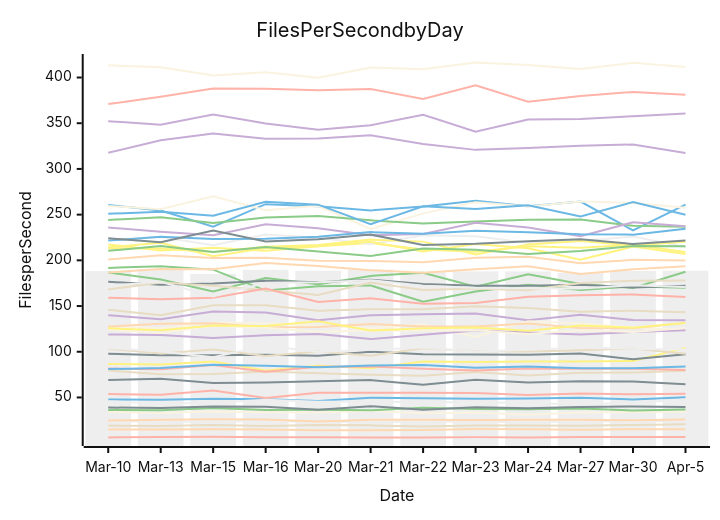
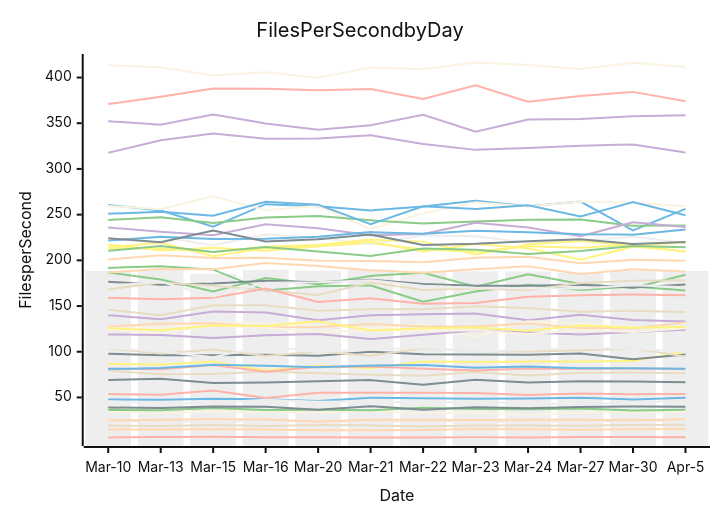
The diagram in perf-report.md (streetsidesoftware/cspell), drawn with Mermaid (neutral theme) before and after one commit. The commit also changed other lines of this file and 2 other files, not shown here.

````diff
--- a/perf-report.md
+++ b/perf-report.md
@@ -11,57 +11,57 @@
 ```mermaid
 xychart-beta
     title Files Per Second by Day
     y-axis Files per Second
     x-axis Date [Mar-10, Mar-13, Mar-15, Mar-16, Mar-20, Mar-21, Mar-22, Mar-23, Mar-24, Mar-27, Mar-30, Apr-5]
-    bar [188.38, 189.98, 185.21, 189.57, 188.63, 189.87, 187.45, 187.93, 187.93, 186.35, 188.30, 188.64]
-    line [47.70, 47.47, 48.64, 47.90, 46.22, 49.72, 49.15, 48.47, 48.92, 49.74, 47.82, 50.09]
-    line [186.65, 179.06, 166.05, 180.55, 173.75, 182.92, 186.30, 171.18, 184.68, 174.16, 169.88, 187.57]
-    line [140.01, 135.63, 143.93, 142.95, 134.36, 139.82, 141.15, 141.79, 134.53, 140.55, 134.62, 134.52]
-    line [146.06, 140.05, 150.95, 150.81, 144.94, 146.39, 146.52, 149.65, 147.78, 143.68, 144.97, 143.19]
-    line [53.77, 52.96, 57.64, 49.40, 55.01, 55.07, 55.14, 54.97, 52.69, 54.36, 53.37, 53.93]
-    line [86.73, 86.09, 89.20, 79.46, 84.64, 82.02, 89.37, 88.80, 89.20, 89.35, 90.00, 104.21]
-    line [69.18, 70.51, 65.83, 66.30, 67.73, 68.98, 63.91, 69.35, 66.34, 67.66, 67.35, 64.32]
-    line [14.93, 14.92, 15.23, 14.84, 14.06, 13.99, 14.45, 15.39, 15.15, 14.76, 15.30, 15.17]
-    line [127.81, 125.76, 132.01, 131.14, 128.67, 125.67, 130.11, 116.06, 133.46, 130.91, 126.44, 124.08]
-    line [24.56, 23.16, 23.57, 24.07, 23.83, 22.72, 24.07, 23.01, 23.19, 23.80, 24.02, 24.56]
-    line [260.43, 254.55, 236.73, 261.47, 259.22, 254.59, 258.80, 265.17, 259.19, 264.34, 232.73, 260.97]
-    line [191.68, 193.62, 189.84, 166.89, 171.60, 172.56, 154.71, 166.00, 173.35, 167.42, 171.49, 170.14]
-    line [352.21, 348.39, 359.59, 349.81, 342.75, 347.71, 359.34, 340.76, 354.09, 354.69, 357.70, 360.66]
-    line [79.36, 75.39, 75.58, 78.40, 76.58, 74.92, 73.83, 77.77, 74.02, 77.10, 77.41, 79.24]
-    line [81.66, 80.93, 85.41, 78.19, 83.51, 83.81, 81.43, 79.47, 81.70, 81.36, 81.35, 80.09]
-    line [214.22, 219.20, 204.44, 213.42, 215.32, 218.95, 211.96, 209.30, 215.41, 213.73, 216.98, 209.02]
-    line [176.56, 173.19, 174.63, 177.66, 175.92, 178.79, 174.01, 172.30, 172.16, 173.35, 170.18, 172.14]
-    line [186.81, 190.52, 190.26, 197.02, 193.75, 189.15, 186.42, 190.28, 193.49, 184.99, 190.27, 193.66]
-    line [259.39, 256.02, 269.97, 254.79, 259.65, 234.19, 251.38, 263.45, 259.03, 264.42, 262.82, 257.45]
-    line [222.38, 225.56, 216.60, 228.18, 224.68, 217.69, 227.52, 226.28, 219.14, 221.19, 226.02, 214.52]
-    line [81.02, 82.11, 85.90, 84.63, 82.99, 84.87, 85.57, 82.40, 83.84, 81.84, 82.00, 83.83]
-    line [244.22, 247.23, 240.74, 246.80, 248.37, 243.77, 240.29, 242.61, 244.28, 244.79, 237.77, 236.82]
-    line [235.85, 231.18, 227.46, 239.47, 235.22, 227.41, 228.79, 241.01, 235.98, 226.38, 241.62, 237.29]
-    line [168.17, 175.84, 172.23, 167.20, 162.09, 175.73, 167.53, 169.26, 167.37, 175.14, 177.59, 178.03]
-    line [6.32, 6.79, 7.12, 6.59, 6.35, 6.19, 6.26, 6.60, 6.25, 6.74, 6.77, 6.78]
-    line [217.40, 210.64, 213.63, 210.38, 215.44, 220.20, 209.66, 217.73, 213.19, 200.65, 215.04, 207.01]
-    line [97.82, 96.22, 96.21, 96.60, 95.61, 100.00, 97.34, 96.90, 96.73, 98.18, 91.72, 97.14]
-    line [127.60, 130.54, 131.20, 126.76, 126.98, 130.36, 127.52, 127.75, 130.81, 125.94, 125.76, 131.58]
-    line [34.36, 33.03, 34.53, 33.80, 33.49, 35.23, 32.80, 33.41, 31.17, 33.44, 33.97, 34.44]
-    line [45.79, 43.00, 44.30, 47.55, 45.42, 45.55, 44.76, 44.94, 43.55, 42.67, 44.21, 47.72]
-    line [221.56, 225.82, 223.33, 223.62, 225.78, 230.86, 229.00, 232.44, 230.81, 228.49, 228.09, 234.48]
-    line [36.38, 35.91, 38.37, 36.25, 36.61, 35.87, 38.67, 37.37, 36.99, 37.97, 35.69, 36.90]
-    line [118.95, 118.40, 114.99, 118.14, 119.47, 113.95, 118.70, 123.16, 121.00, 118.77, 121.60, 123.47]
-    line [103.33, 98.05, 102.55, 95.32, 100.34, 95.68, 103.94, 100.49, 100.37, 101.61, 103.43, 97.92]
-    line [159.01, 157.48, 159.10, 169.05, 154.54, 158.47, 152.54, 153.40, 160.13, 161.83, 162.72, 159.79]
-    line [213.30, 213.00, 209.05, 214.75, 216.78, 222.67, 220.47, 206.28, 217.42, 221.24, 216.32, 220.42]
-    line [38.99, 38.46, 40.13, 39.77, 36.42, 40.38, 36.50, 39.38, 38.08, 39.48, 40.18, 39.62]
-    line [24.74, 25.60, 26.18, 25.98, 23.83, 25.61, 25.64, 25.22, 25.67, 25.63, 25.15, 25.83]
-    line [124.38, 120.45, 128.40, 126.26, 121.85, 123.29, 123.31, 123.57, 119.37, 123.63, 121.70, 126.06]
-    line [104.19, 100.36, 94.07, 106.95, 99.82, 102.15, 104.63, 100.11, 102.26, 104.28, 103.40, 102.33]
-    line [250.97, 253.10, 248.68, 263.99, 260.91, 239.46, 259.16, 256.10, 260.18, 248.06, 263.68, 249.88]
-    line [210.46, 215.67, 209.05, 214.60, 209.59, 204.82, 212.94, 211.50, 207.03, 210.21, 215.65, 215.48]
-    line [317.67, 331.44, 338.69, 332.97, 333.24, 336.87, 327.34, 320.84, 322.94, 325.27, 326.73, 317.53]
-    line [19.22, 18.67, 19.78, 18.71, 19.79, 19.47, 18.35, 19.30, 19.37, 19.08, 19.88, 20.57]
-    line [370.91, 378.91, 387.90, 387.80, 386.06, 387.41, 376.59, 391.51, 373.44, 379.72, 384.27, 381.10]
-    line [125.61, 123.50, 128.64, 128.22, 133.34, 123.28, 125.66, 126.65, 122.93, 128.82, 126.34, 131.32]
-    line [224.11, 219.75, 232.68, 220.52, 223.12, 228.15, 216.79, 218.07, 220.91, 223.03, 217.84, 221.63]
-    line [200.86, 205.50, 202.63, 202.69, 199.56, 199.40, 197.96, 202.91, 203.92, 196.82, 200.56, 199.75]
-    line [413.29, 411.20, 402.18, 405.65, 399.88, 410.92, 409.10, 416.42, 413.72, 409.38, 416.05, 411.37]
-    line [172.27, 176.52, 160.55, 175.49, 175.91, 178.24, 172.29, 170.07, 169.37, 169.09, 172.70, 170.84]
+    bar [188.38, 189.98, 185.21, 189.57, 188.63, 189.87, 187.45, 187.93, 187.93, 186.35, 188.30, 188.30]
+    line [47.70, 47.47, 48.64, 47.90, 46.22, 49.72, 49.15, 48.47, 48.92, 49.74, 47.82, 49.68]
+    line [186.65, 179.06, 166.05, 180.55, 173.75, 182.92, 186.30, 171.18, 184.68, 174.16, 169.88, 184.26]
+    line [140.01, 135.63, 143.93, 142.95, 134.36, 139.82, 141.15, 141.79, 134.53, 140.55, 134.62, 133.22]
+    line [146.06, 140.05, 150.95, 150.81, 144.94, 146.39, 146.52, 149.65, 147.78, 143.68, 144.97, 143.41]
+    line [53.77, 52.96, 57.64, 49.40, 55.01, 55.07, 55.14, 54.97, 52.69, 54.36, 53.37, 53.65]
+    line [86.73, 86.09, 89.20, 79.46, 84.64, 82.02, 89.37, 88.80, 89.20, 89.35, 90.00, 100.34]
+    line [69.18, 70.51, 65.83, 66.30, 67.73, 68.98, 63.91, 69.35, 66.34, 67.66, 67.35, 66.67]
+    line [14.93, 14.92, 15.23, 14.84, 14.06, 13.99, 14.45, 15.39, 15.15, 14.76, 15.30, 15.42]
+    line [127.81, 125.76, 132.01, 131.14, 128.67, 125.67, 130.11, 116.06, 133.46, 130.91, 126.44, 126.73]
+    line [24.56, 23.16, 23.57, 24.07, 23.83, 22.72, 24.07, 23.01, 23.19, 23.80, 24.02, 24.92]
+    line [260.43, 254.55, 236.73, 261.47, 259.22, 254.59, 258.80, 265.17, 259.19, 264.34, 232.73, 256.34]
+    line [191.68, 193.62, 189.84, 166.89, 171.60, 172.56, 154.71, 166.00, 173.35, 167.42, 171.49, 166.94]
+    line [352.21, 348.39, 359.59, 349.81, 342.75, 347.71, 359.34, 340.76, 354.09, 354.69, 357.70, 358.72]
+    line [79.36, 75.39, 75.58, 78.40, 76.58, 74.92, 73.83, 77.77, 74.02, 77.10, 77.41, 76.42]
+    line [81.66, 80.93, 85.41, 78.19, 83.51, 83.81, 81.43, 79.47, 81.70, 81.36, 81.35, 81.10]
+    line [214.22, 219.20, 204.44, 213.42, 215.32, 218.95, 211.96, 209.30, 215.41, 213.73, 216.98, 209.25]
+    line [176.56, 173.19, 174.63, 177.66, 175.92, 178.79, 174.01, 172.30, 172.16, 173.35, 170.18, 173.69]
+    line [186.81, 190.52, 190.26, 197.02, 193.75, 189.15, 186.42, 190.28, 193.49, 184.99, 190.27, 187.90]
+    line [259.39, 256.02, 269.97, 254.79, 259.65, 234.19, 251.38, 263.45, 259.03, 264.42, 262.82, 259.10]
+    line [222.38, 225.56, 216.60, 228.18, 224.68, 217.69, 227.52, 226.28, 219.14, 221.19, 226.02, 218.82]
+    line [81.02, 82.11, 85.90, 84.63, 82.99, 84.87, 85.57, 82.40, 83.84, 81.84, 82.00, 81.29]
+    line [244.22, 247.23, 240.74, 246.80, 248.37, 243.77, 240.29, 242.61, 244.28, 244.79, 237.77, 238.20]
+    line [235.85, 231.18, 227.46, 239.47, 235.22, 227.41, 228.79, 241.01, 235.98, 226.38, 241.62, 236.47]
+    line [168.17, 175.84, 172.23, 167.20, 162.09, 175.73, 167.53, 169.26, 167.37, 175.14, 177.59, 178.26]
+    line [6.32, 6.79, 7.12, 6.59, 6.35, 6.19, 6.26, 6.60, 6.25, 6.74, 6.77, 6.58]
+    line [217.40, 210.64, 213.63, 210.38, 215.44, 220.20, 209.66, 217.73, 213.19, 200.65, 215.04, 209.92]
+    line [97.82, 96.22, 96.21, 96.60, 95.61, 100.00, 97.34, 96.90, 96.73, 98.18, 91.72, 96.88]
+    line [127.60, 130.54, 131.20, 126.76, 126.98, 130.36, 127.52, 127.75, 130.81, 125.94, 125.76, 132.13]
+    line [34.36, 33.03, 34.53, 33.80, 33.49, 35.23, 32.80, 33.41, 31.17, 33.44, 33.97, 34.55]
+    line [45.79, 43.00, 44.30, 47.55, 45.42, 45.55, 44.76, 44.94, 43.55, 42.67, 44.21, 46.86]
+    line [221.56, 225.82, 223.33, 223.62, 225.78, 230.86, 229.00, 232.44, 230.81, 228.49, 228.09, 233.73]
+    line [36.38, 35.91, 38.37, 36.25, 36.61, 35.87, 38.67, 37.37, 36.99, 37.97, 35.69, 36.55]
+    line [118.95, 118.40, 114.99, 118.14, 119.47, 113.95, 118.70, 123.16, 121.00, 118.77, 121.60, 123.96]
+    line [103.33, 98.05, 102.55, 95.32, 100.34, 95.68, 103.94, 100.49, 100.37, 101.61, 103.43, 94.77]
+    line [159.01, 157.48, 159.10, 169.05, 154.54, 158.47, 152.54, 153.40, 160.13, 161.83, 162.72, 161.87]
+    line [213.30, 213.00, 209.05, 214.75, 216.78, 222.67, 220.47, 206.28, 217.42, 221.24, 216.32, 219.52]
+    line [38.99, 38.46, 40.13, 39.77, 36.42, 40.38, 36.50, 39.38, 38.08, 39.48, 40.18, 39.94]
+    line [24.74, 25.60, 26.18, 25.98, 23.83, 25.61, 25.64, 25.22, 25.67, 25.63, 25.15, 26.29]
+    line [124.38, 120.45, 128.40, 126.26, 121.85, 123.29, 123.31, 123.57, 119.37, 123.63, 121.70, 125.73]
+    line [104.19, 100.36, 94.07, 106.95, 99.82, 102.15, 104.63, 100.11, 102.26, 104.28, 103.40, 100.11]
+    line [250.97, 253.10, 248.68, 263.99, 260.91, 239.46, 259.16, 256.10, 260.18, 248.06, 263.68, 249.41]
+    line [210.46, 215.67, 209.05, 214.60, 209.59, 204.82, 212.94, 211.50, 207.03, 210.21, 215.65, 214.43]
+    line [317.67, 331.44, 338.69, 332.97, 333.24, 336.87, 327.34, 320.84, 322.94, 325.27, 326.73, 317.88]
+    line [19.22, 18.67, 19.78, 18.71, 19.79, 19.47, 18.35, 19.30, 19.37, 19.08, 19.88, 20.21]
+    line [370.91, 378.91, 387.90, 387.80, 386.06, 387.41, 376.59, 391.51, 373.44, 379.72, 384.27, 374.01]
+    line [125.61, 123.50, 128.64, 128.22, 133.34, 123.28, 125.66, 126.65, 122.93, 128.82, 126.34, 127.18]
+    line [224.11, 219.75, 232.68, 220.52, 223.12, 228.15, 216.79, 218.07, 220.91, 223.03, 217.84, 219.98]
+    line [200.86, 205.50, 202.63, 202.69, 199.56, 199.40, 197.96, 202.91, 203.92, 196.82, 200.56, 199.63]
+    line [413.29, 411.20, 402.18, 405.65, 399.88, 410.92, 409.10, 416.42, 413.72, 409.38, 416.05, 411.60]
+    line [172.27, 176.52, 160.55, 175.49, 175.91, 178.24, 172.29, 170.07, 169.37, 169.09, 172.70, 170.68]
 ```
````
